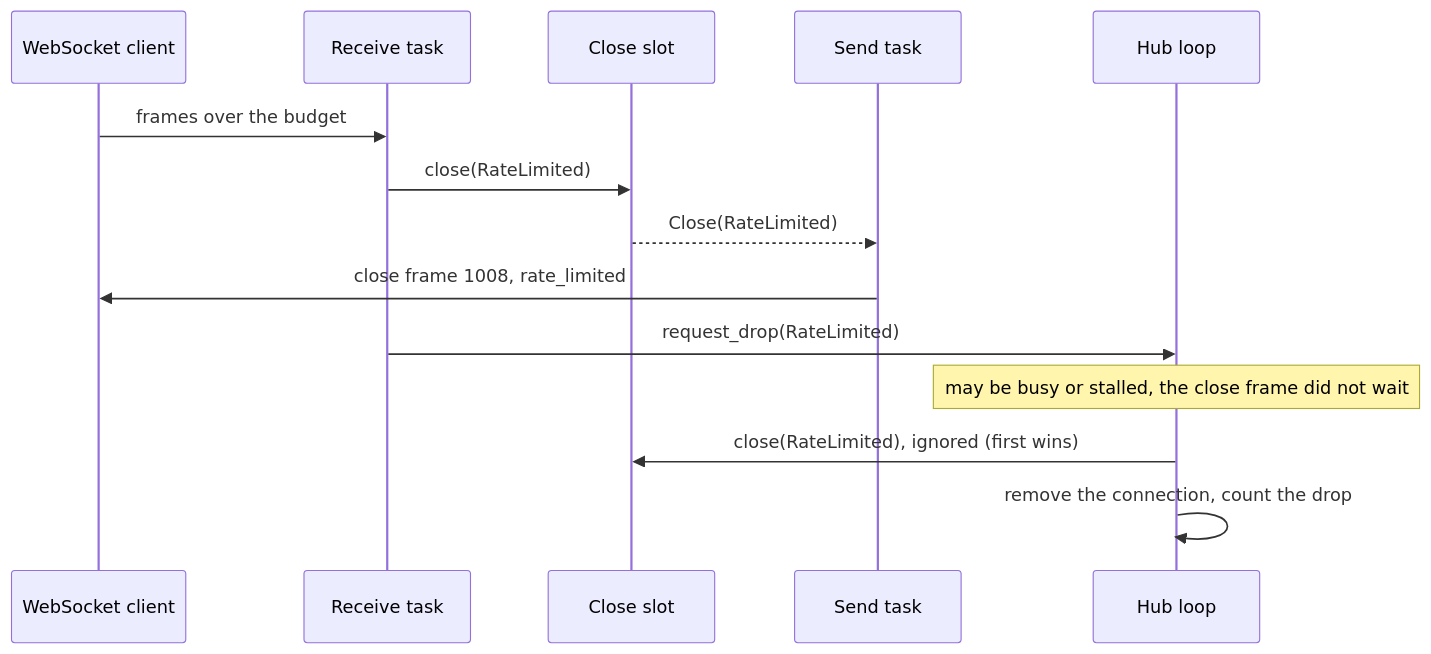
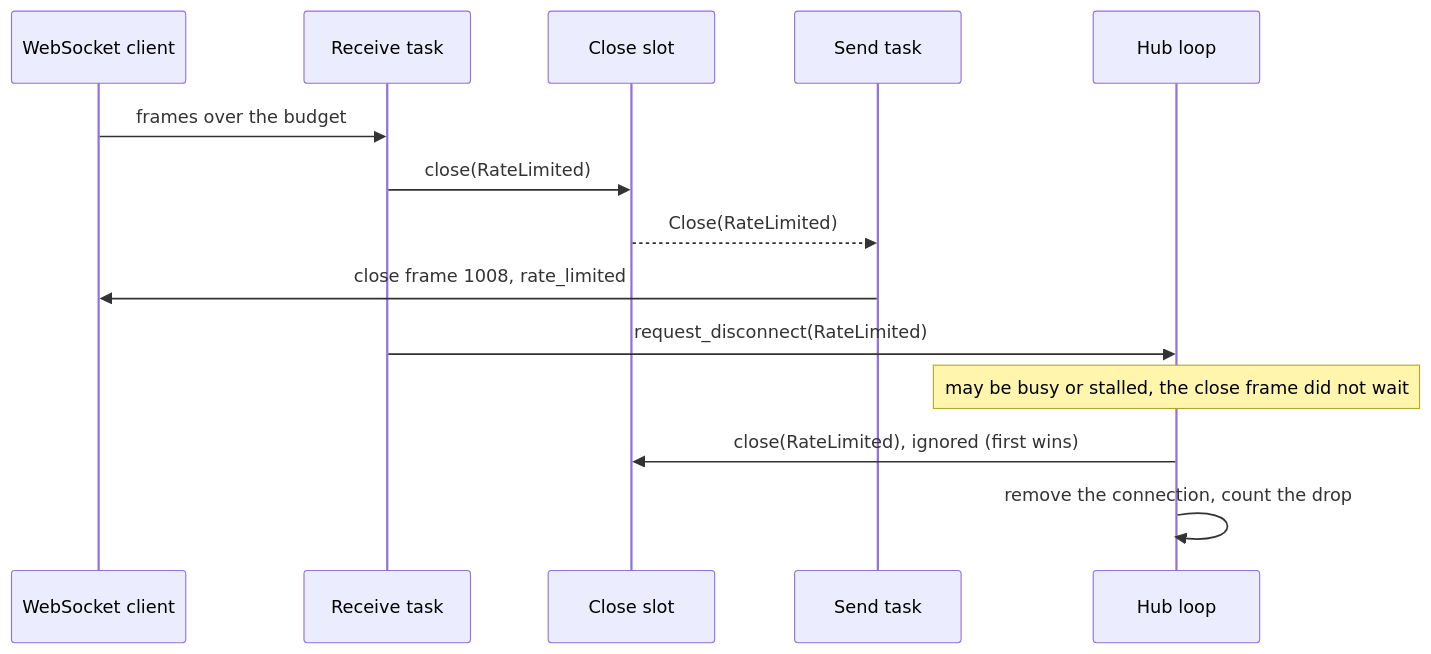
Before and after one commit to gzp79/shine-services: the seventh of 7 diagrams in docs/services/builder/hub.md, drawn with Mermaid. The commit also changed other lines of this file and 31 other files, not shown here.

````diff
--- a/docs/services/builder/hub.md
+++ b/docs/services/builder/hub.md
@@ -307,17 +308,17 @@
 ```mermaid
 sequenceDiagram
     participant C as WebSocket client
     participant R as Receive task
     participant K as Close slot
     participant S as Send task
     participant H as Hub loop
 
     C->>R: frames over the budget
     R->>K: close(RateLimited)
     K-->>S: Close(RateLimited)
     S->>C: close frame 1008, rate_limited
-    R->>H: request_drop(RateLimited)
+    R->>H: request_disconnect(RateLimited)
     Note over H: may be busy or stalled, the close frame did not wait
     H->>K: close(RateLimited), ignored (first wins)
     H->>H: remove the connection, count the drop
 ```
````
